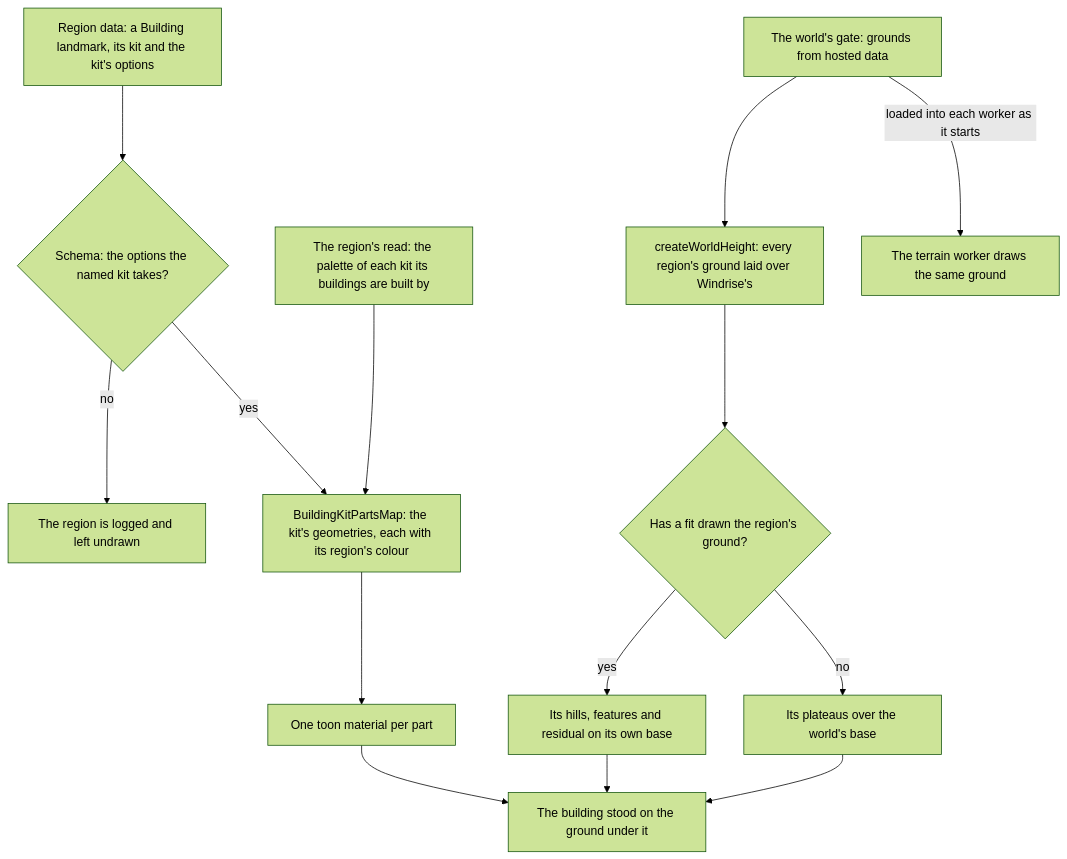
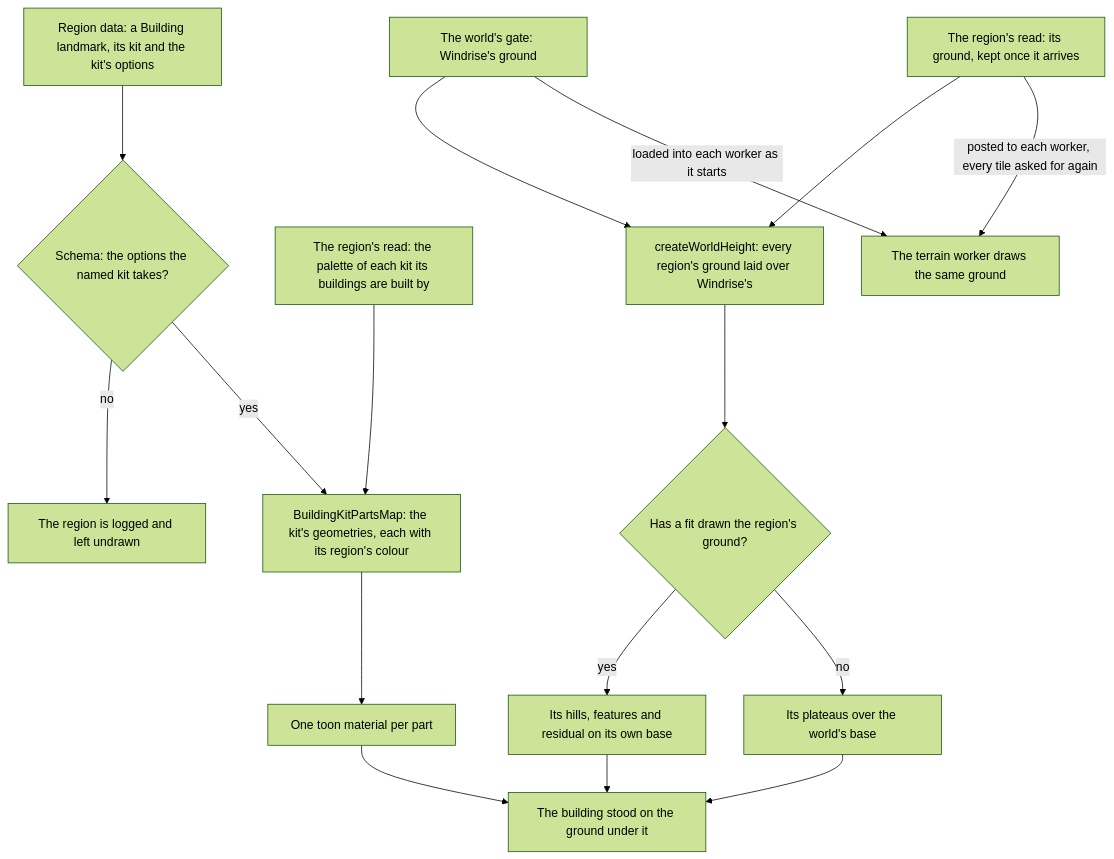
The diagram in apps/web/content/docs/genshin/region-buildings.md (Esposter/Esposter), drawn with Mermaid (forest theme) before and after one commit. The commit also changed other lines of this file and 29 other files, not shown here.

````diff
--- a/apps/web/content/docs/genshin/region-buildings.md
+++ b/apps/web/content/docs/genshin/region-buildings.md
@@ -12,16 +12,18 @@
 ```mermaid
 flowchart TD
   RD["Region data: a Building landmark, its kit and the kit's options"] --> SC{"Schema: the options the named kit takes?"}
   SC -->|no| ERR[The region is logged and left undrawn]
   SC -->|yes| MAP["BuildingKitPartsMap: the kit's geometries, each with its region's colour"]
   PAL["The region's read: the palette of each kit its buildings are built by"] --> MAP
   MAP --> MAT[One toon material per part]
-  GD["The world's gate: grounds from hosted data"] --> G
+  GD["The world's gate: Windrise's ground"] --> G
+  RG["The region's read: its ground, kept once it arrives"] --> G
   G["createWorldHeight: every region's ground laid over Windrise's"] --> F{"Has a fit drawn the region's ground?"}
   F -->|"yes"| FH["Its hills, features and residual on its own base"]
   F -->|"no"| PL["Its plateaus over the world's base"]
   FH --> POS[The building stood on the ground under it]
   PL --> POS
   MAT --> POS
   GD -->|"loaded into each worker as it starts"| WK[The terrain worker draws the same ground]
+  RG -->|"posted to each worker, every tile asked for again"| WK
 ```
````
